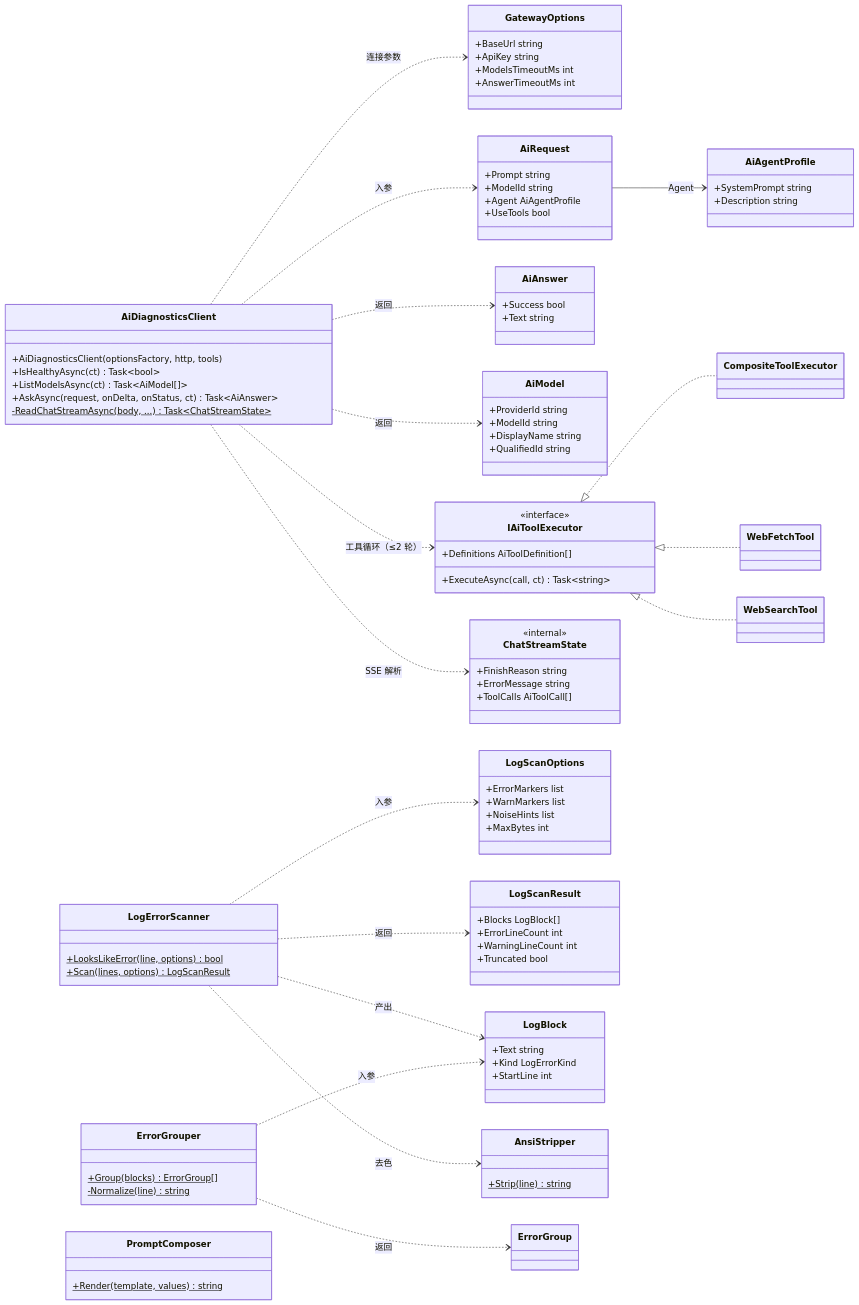
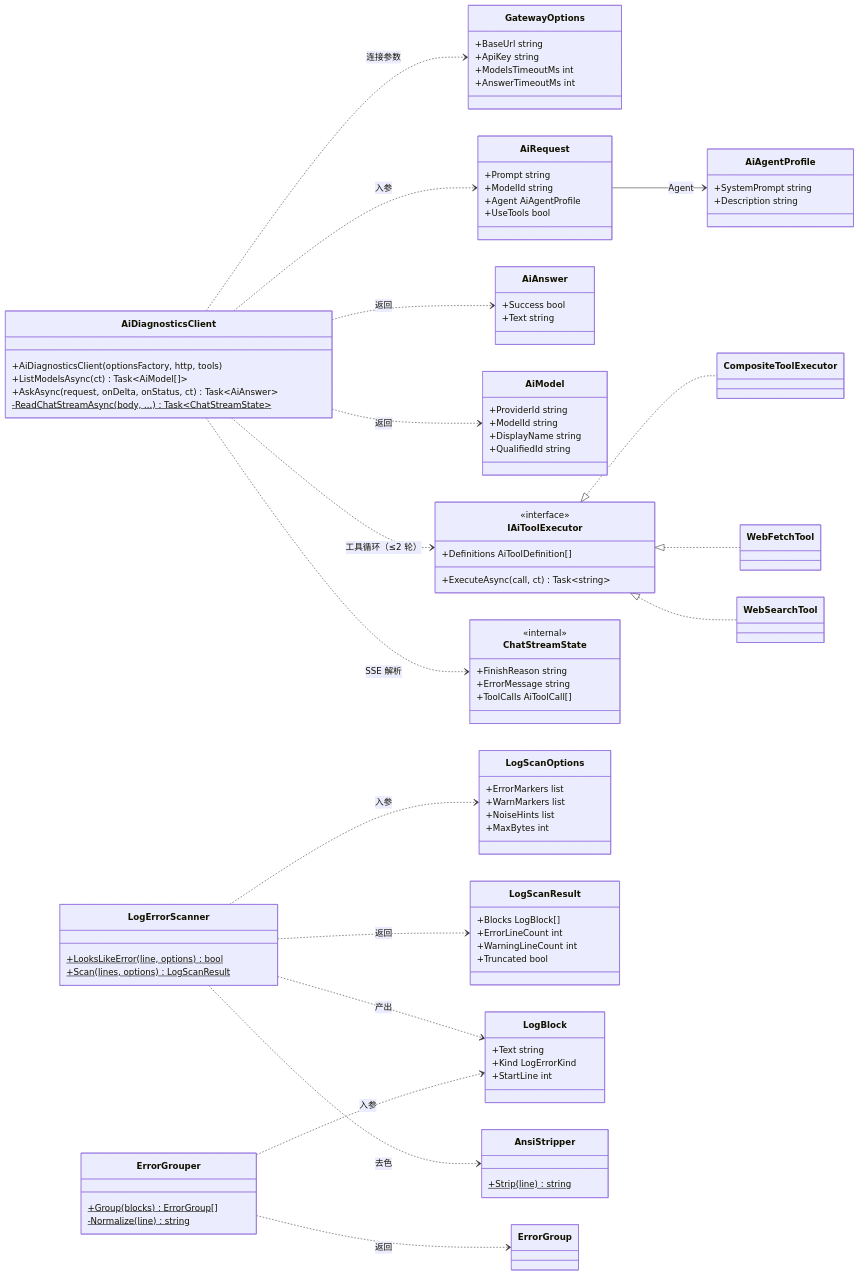
One commit to self-exiler/SongYueLauncher changed the first of 2 diagrams in src/AiDiagnostics/README.md. Above: the diagram before and after it, drawn with Mermaid. The commit also changed other lines of this file and 48 other files, not shown here.

```diff
--- a/src/AiDiagnostics/README.md
+++ b/src/AiDiagnostics/README.md
@@ -195,7 +181,6 @@
 
     class AiDiagnosticsClient {
         +AiDiagnosticsClient(optionsFactory, http, tools)
-        +IsHealthyAsync(ct) Task~bool~
         +ListModelsAsync(ct) Task~AiModel[]~
         +AskAsync(request, onDelta, onStatus, ct) Task~AiAnswer~
         -ReadChatStreamAsync(body, ...)$ Task~ChatStreamState~
@@ -282,10 +267,6 @@
         -Normalize(line)$ string
     }
 
-    class PromptComposer {
-        +Render(template, values)$ string
-    }
-
     class AnsiStripper {
         +Strip(line)$ string
     }
```
